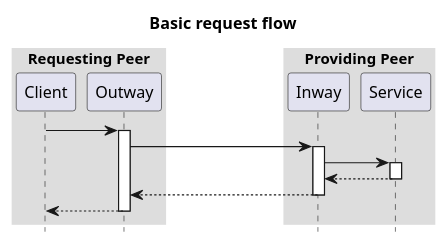
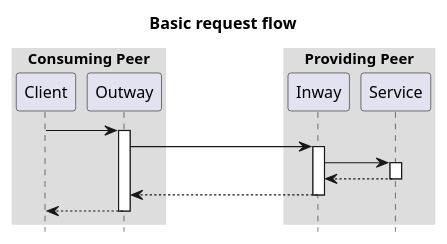
One commit to Logius-standaarden/fsc-core changed the diagram in diagrams/seq-request-flow.puml. Above: the diagram before and after it, drawn with PlantUML. The commit also changed 7 other files, not shown here.

```diff
--- a/diagrams/seq-request-flow.puml
+++ b/diagrams/seq-request-flow.puml
@@ -1,22 +1,22 @@
 @startuml
 title: Basic request flow
 
-box "Requesting Peer"
+box "Consuming Peer"
   participant "Client" as client
   participant "Outway" as outway
 end box
 box "Providing Peer"
   participant "Inway" as inway
   participant "Service" as service
 end box
 client -> outway ++
 outway -> inway ++
 inway -> service ++
 service --> inway --
 inway --> outway --
 outway --> client --
 
 skinparam sequenceBoxBorderColor #transparent
 skinparam boxPadding 50
 hide footbox
 @enduml
```
